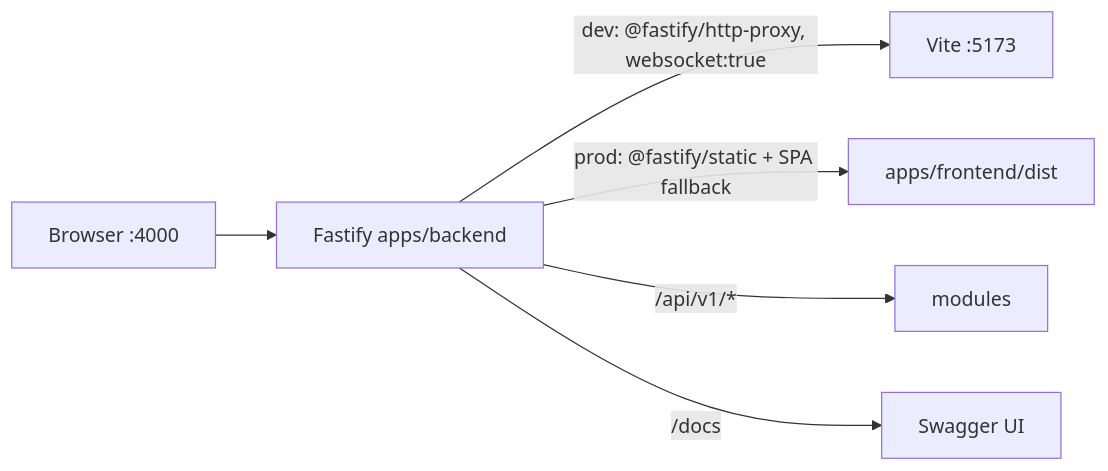
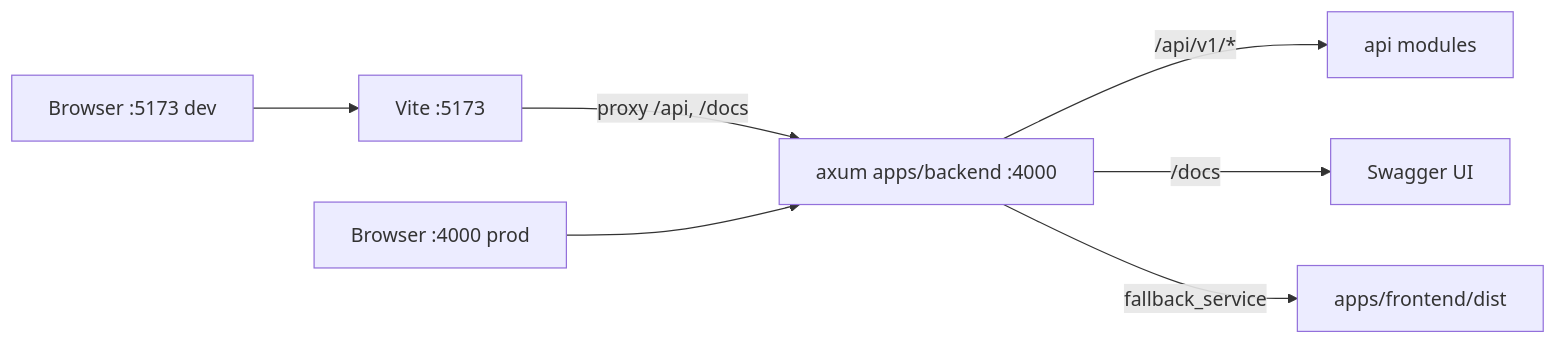
One commit to gewoonsandor/sheetor changed the diagram in AGENTS.md. Above: the diagram before and after it, drawn with Mermaid. The commit also changed other lines of this file and 27 other files, not shown here.

Commit message:
replace fastify backend with axum

````diff
--- a/AGENTS.md
+++ b/AGENTS.md
@@ -18,8 +18,9 @@
 ```mermaid
 graph LR
-  B[Browser :4000] --> F[Fastify apps/backend]
-  F -->|dev: @fastify/http-proxy, websocket:true| V[Vite :5173]
-  F -->|prod: @fastify/static + SPA fallback| D[apps/frontend/dist]
-  F -->|/api/v1/*| M[modules]
-  F -->|/docs| S[Swagger UI]
+  B[Browser :5173 dev] --> V[Vite :5173]
+  V -->|proxy /api, /docs| A[axum apps/backend :4000]
+  P[Browser :4000 prod] --> A
+  A -->|/api/v1/*| R[api modules]
+  A -->|/docs| S[Swagger UI]
+  A -->|fallback_service| D[apps/frontend/dist]
 ```
````
